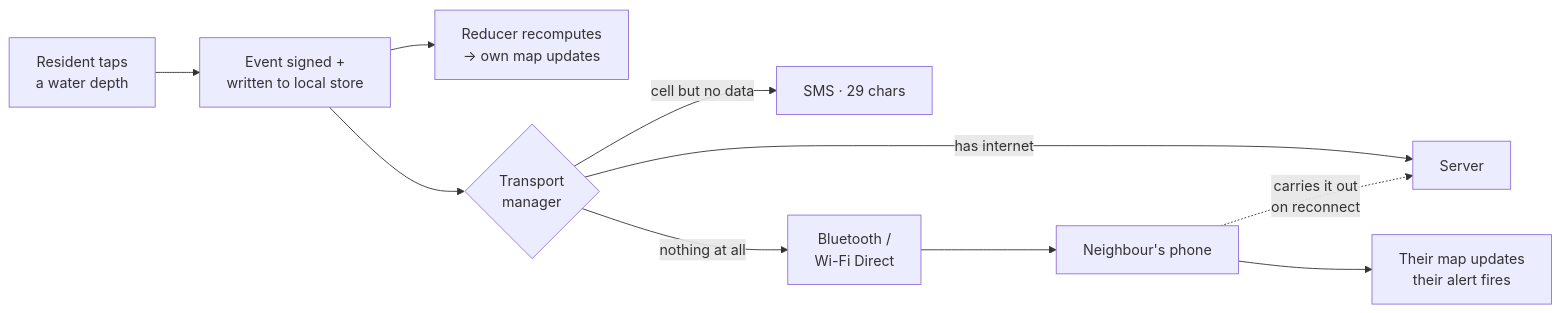
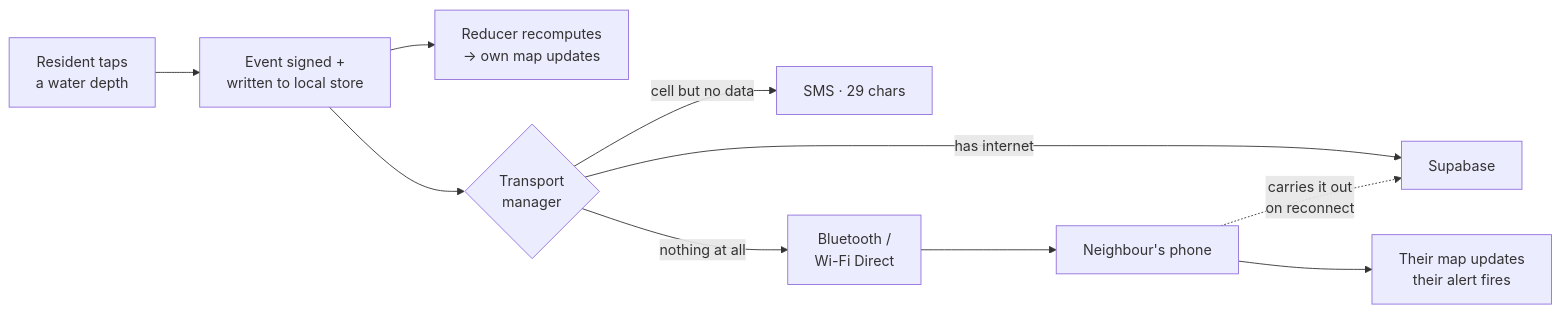
One commit to afjk-x3/ka-alerto changed the diagram in README.md. Above: the diagram before and after it, drawn with Mermaid. The commit also changed other lines of this file and 3 other files, not shown here.

````diff
--- a/README.md
+++ b/README.md
@@ -33,12 +33,12 @@
 ```mermaid
 flowchart LR
     A["Resident taps<br/>a water depth"] --> B["Event signed +<br/>written to local store"]
     B --> C["Reducer recomputes<br/>→ own map updates"]
     B --> D{"Transport<br/>manager"}
-    D -->|has internet| E["Server"]
+    D -->|has internet| E["Supabase"]
     D -->|cell but no data| F["SMS · 29 chars"]
     D -->|nothing at all| G["Bluetooth /<br/>Wi-Fi Direct"]
     G --> H["Neighbour's phone"]
     H --> I["Their map updates<br/>their alert fires"]
     H -.->|carries it out<br/>on reconnect| E
 ```
````
